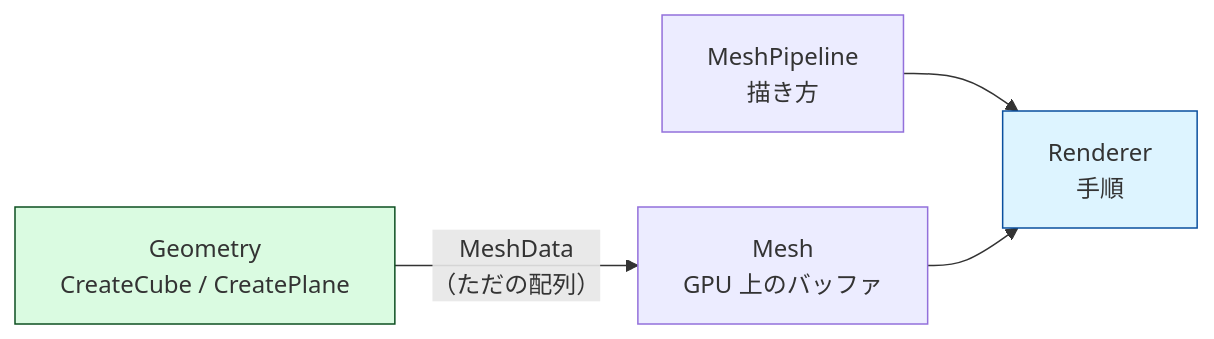
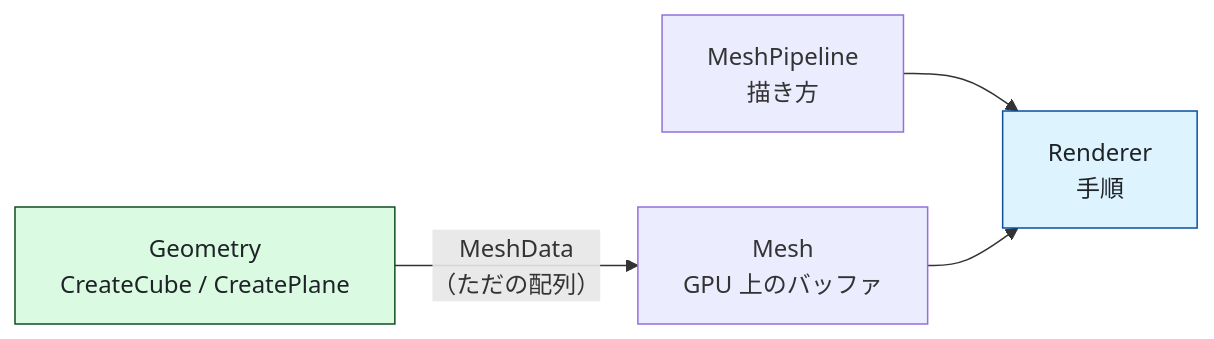
One commit to Tomonorarari-Think/DirectX12Dev changed the diagram in docs/tutorial/12_複数のモデルを描く.md. Above: the diagram before and after it, drawn with Mermaid. The commit also changed 28 other files, not shown here.

First line of the commit message:
fix: 図の文字が暗色モードで読めなくなる問題を直す

````diff
--- a/docs/tutorial/12_複数のモデルを描く.md
+++ b/docs/tutorial/12_複数のモデルを描く.md
@@ -29,9 +29,9 @@
 ```mermaid
 flowchart LR
     G["Geometry<br/>CreateCube / CreatePlane"] -->|"MeshData<br/>（ただの配列）"| M["Mesh<br/>GPU 上のバッファ"]
     P["MeshPipeline<br/>描き方"] --> R["Renderer<br/>手順"]
     M --> R
 
-    style G fill:#dafbe1,stroke:#0d4f21
-    style R fill:#ddf4ff,stroke:#0a4f9e
+    style G fill:#dafbe1,stroke:#0d4f21,color:#1f2328
+    style R fill:#ddf4ff,stroke:#0a4f9e,color:#1f2328
 ```
````
